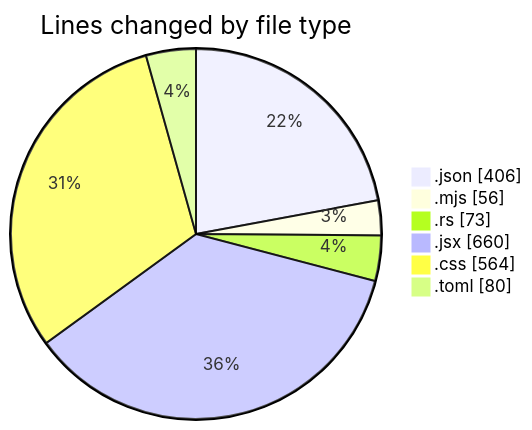
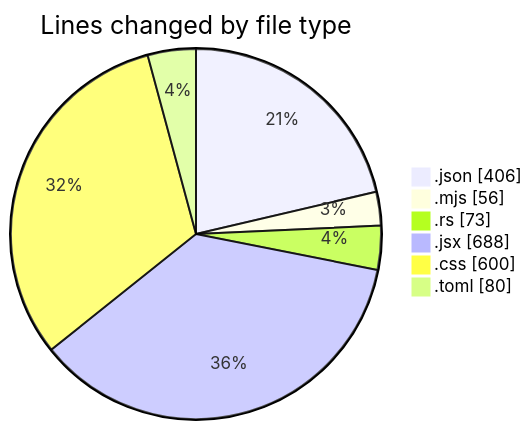
Before and after one commit to charlie-sans/code-tracking: the first of 2 diagrams in 2025-01-28/trollerboard/README.md, drawn with Mermaid. The commit also changed other lines of this file and 1 other file, not shown here.

````diff
--- a/2025-01-28/trollerboard/README.md
+++ b/2025-01-28/trollerboard/README.md
@@ -29,10 +29,10 @@
 ```mermaid
 pie showData
 title Lines changed by file type
 ".json" : 406
 ".mjs" : 56
 ".rs" : 73
-".jsx" : 660
-".css" : 564
+".jsx" : 688
+".css" : 600
 ".toml" : 80
 ```
````
